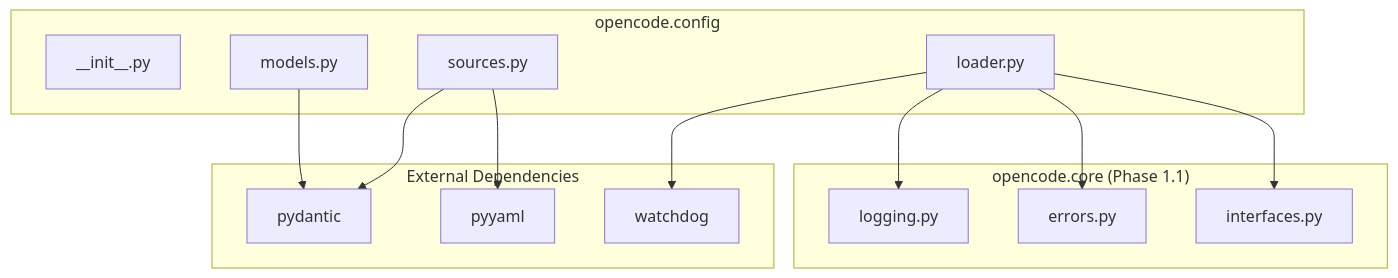
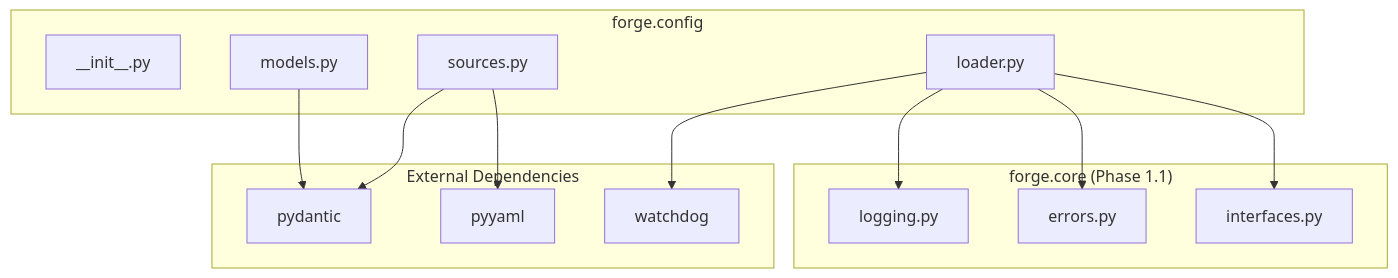
The eighth of 8 diagrams in .ai/phase/1.2/UML.md (corey-rosamond/Code-Forge), drawn with Mermaid before and after one commit. The commit also changed other lines of this file and 505 other files, not shown here.

````diff
--- a/.ai/phase/1.2/UML.md
+++ b/.ai/phase/1.2/UML.md
@@ -364,29 +364,29 @@
 ```mermaid
 flowchart TB
-    subgraph config["opencode.config"]
+    subgraph config["forge.config"]
         INIT["__init__.py"]
         MODELS["models.py"]
         SOURCES["sources.py"]
         LOADER["loader.py"]
     end
 
-    subgraph core["opencode.core (Phase 1.1)"]
+    subgraph core["forge.core (Phase 1.1)"]
         INTERFACES["interfaces.py"]
         ERRORS["errors.py"]
         LOGGING["logging.py"]
     end
 
     subgraph external["External Dependencies"]
         PYDANTIC["pydantic"]
         WATCHDOG["watchdog"]
         YAML["pyyaml"]
     end
 
     LOADER --> INTERFACES
     LOADER --> ERRORS
     LOADER --> LOGGING
     MODELS --> PYDANTIC
     LOADER --> WATCHDOG
     SOURCES --> YAML
     SOURCES --> PYDANTIC
 ```
````
